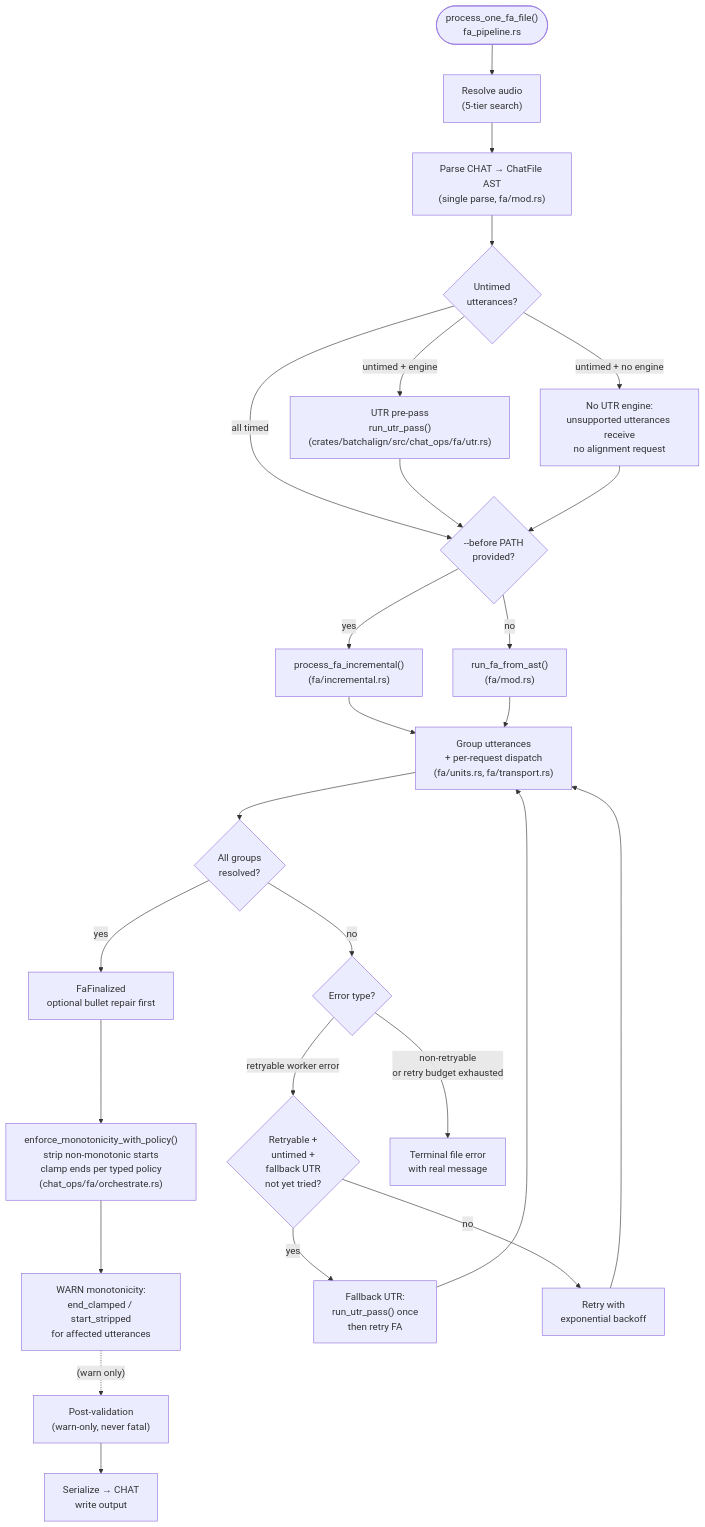
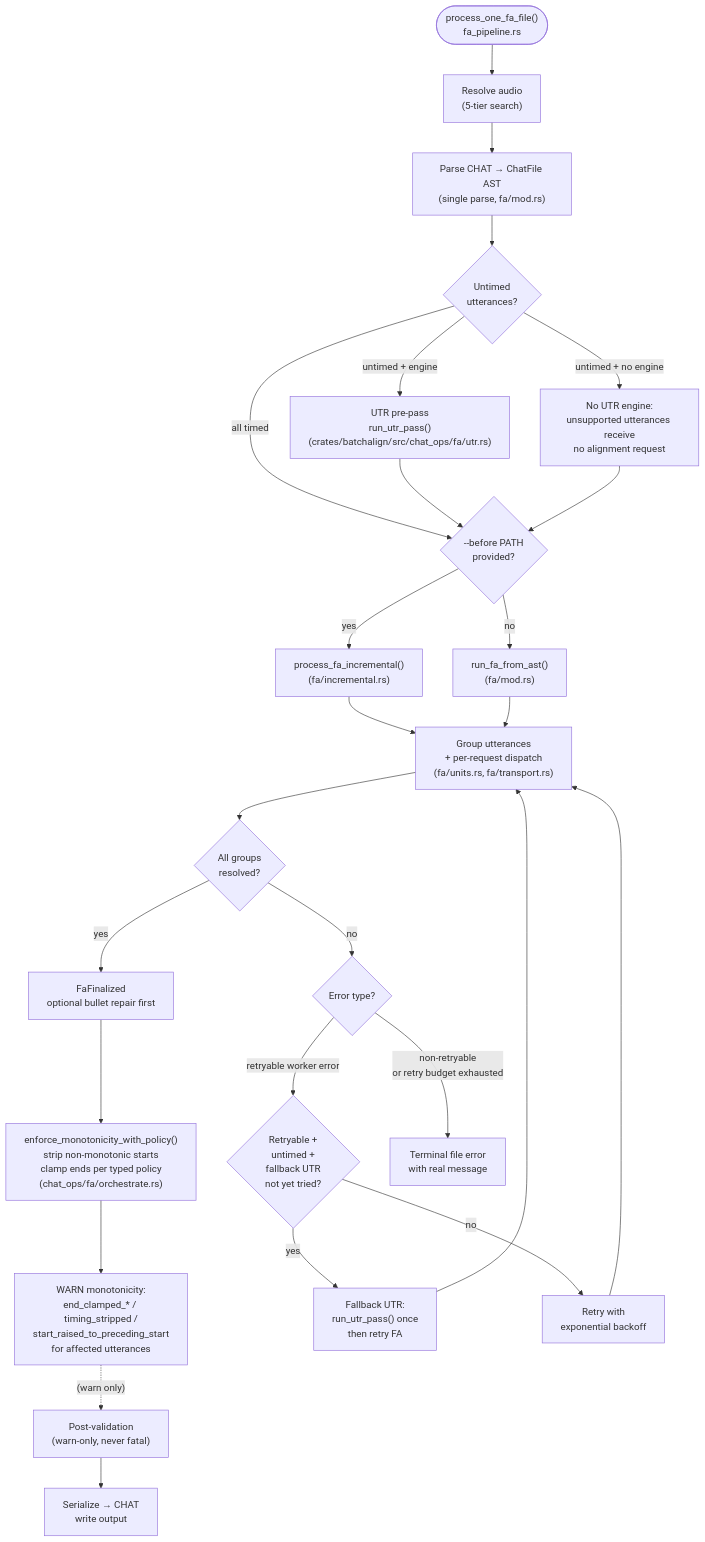
The eighth of 16 diagrams in book/src/batchalign/reference/forced-alignment.md (FranklinChen/talkbank-tools), drawn with Mermaid before and after one commit. The commit also changed other lines of this file and 242 other files, not shown here.

````diff
--- a/book/src/batchalign/reference/forced-alignment.md
+++ b/book/src/batchalign/reference/forced-alignment.md
@@ -1121,39 +1196,39 @@
 ```mermaid
 flowchart TD
     start(["process_one_fa_file()<br/>fa_pipeline.rs"])
     media["Resolve audio<br/>(5-tier search)"]
     parse["Parse CHAT → ChatFile AST<br/>(single parse, fa/mod.rs)"]
     utr_check{"Untimed<br/>utterances?"}
     utr_run["UTR pre-pass<br/>run_utr_pass()<br/>(crates/batchalign/src/chat_ops/fa/utr.rs)"]
     utr_warn["No UTR engine:<br/>unsupported utterances receive<br/>no alignment request"]
     incremental{"--before PATH<br/>provided?"}
     fa_full["run_fa_from_ast()<br/>(fa/mod.rs)"]
     fa_inc["process_fa_incremental()<br/>(fa/incremental.rs)"]
     fa_groups["Group utterances<br/>+ per-request dispatch<br/>(fa/units.rs, fa/transport.rs)"]
     fa_ok{"All groups<br/>resolved?"}
     finalize["FaFinalized<br/>optional bullet repair first"]
     mono["enforce_monotonicity_with_policy()<br/>strip non-monotonic starts<br/>clamp ends per typed policy<br/>(chat_ops/fa/orchestrate.rs)"]
-    mono_warn["WARN monotonicity:<br/>end_clamped / start_stripped<br/>for affected utterances"]
+    mono_warn["WARN monotonicity:<br/>end_clamped_* / timing_stripped /<br/>start_raised_to_preceding_start<br/>for affected utterances"]
     post_val["Post-validation<br/>(warn-only, never fatal)"]
     out["Serialize → CHAT<br/>write output"]
     fa_err{"Error type?"}
     utr_fallback{"Retryable +<br/>untimed +<br/>fallback UTR<br/>not yet tried?"}
     utr_fb["Fallback UTR:<br/>run_utr_pass() once<br/>then retry FA"]
     backoff["Retry with<br/>exponential backoff"]
     terminal["Terminal file error<br/>with real message"]
 
     start --> media --> parse --> utr_check
     utr_check -->|"all timed"| incremental
     utr_check -->|"untimed + engine"| utr_run --> incremental
     utr_check -->|"untimed + no engine"| utr_warn --> incremental
     incremental -->|"yes"| fa_inc --> fa_groups
     incremental -->|"no"| fa_full --> fa_groups
     fa_groups --> fa_ok
     fa_ok -->|"yes"| finalize --> mono
     mono --> mono_warn -.->|"(warn only)"| post_val --> out
     fa_ok -->|"no"| fa_err
     fa_err -->|"retryable worker error"| utr_fallback
     utr_fallback -->|"yes"| utr_fb --> fa_groups
     utr_fallback -->|"no"| backoff --> fa_groups
     fa_err -->|"non-retryable<br/>or retry budget exhausted"| terminal
 ```
````
